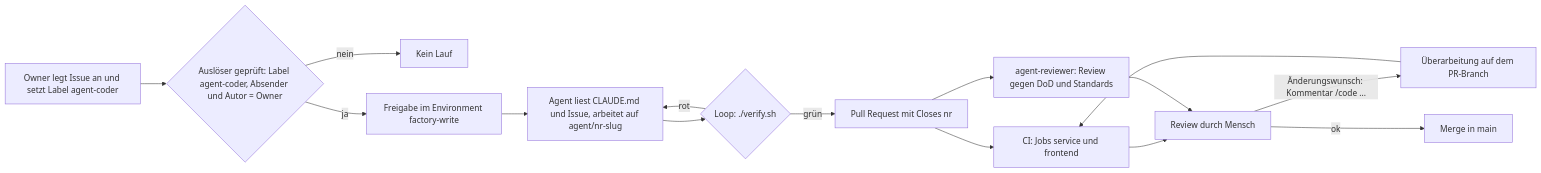
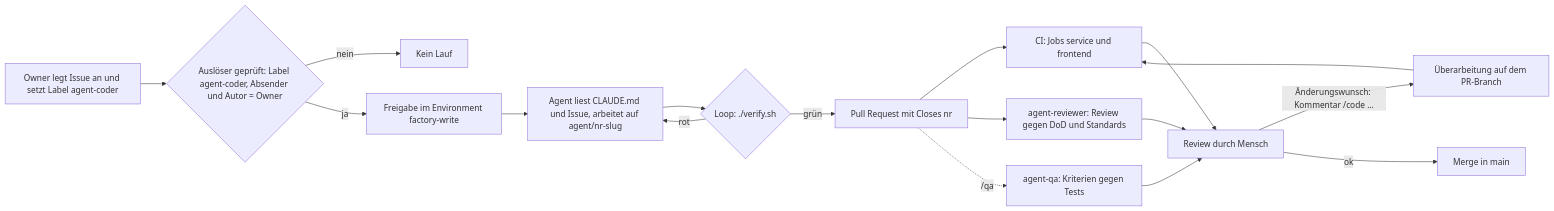
Before and after one commit to juheba/sw-factory-tryout: the second of 2 diagrams in docs/process.md, drawn with Mermaid. The commit also changed 7 other files, not shown here.

````diff
--- a/docs/process.md
+++ b/docs/process.md
@@ -23,17 +23,19 @@
 ```mermaid
 flowchart LR
     O[Owner legt Issue an und setzt Label agent-coder] --> T{Auslöser geprüft: Label agent-coder, Absender und Autor = Owner}
     T -->|nein| X[Kein Lauf]
     T -->|ja| E[Freigabe im Environment factory-write]
     E --> A[Agent liest CLAUDE.md und Issue, arbeitet auf agent/nr-slug]
     A --> L{Loop: ./verify.sh}
     L -->|rot| A
     L -->|grün| PR[Pull Request mit Closes nr]
     PR --> CI[CI: Jobs service und frontend]
     PR --> RV[agent-reviewer: Review gegen DoD und Standards]
+    PR -.->|/qa| QA[agent-qa: Kriterien gegen Tests]
+    QA --> R
     CI --> R[Review durch Mensch]
     RV --> R
     R -->|Änderungswunsch: Kommentar /code ...| RK[Überarbeitung auf dem PR-Branch]
     RK --> CI
     R -->|ok| M[Merge in main]
 ```
````
